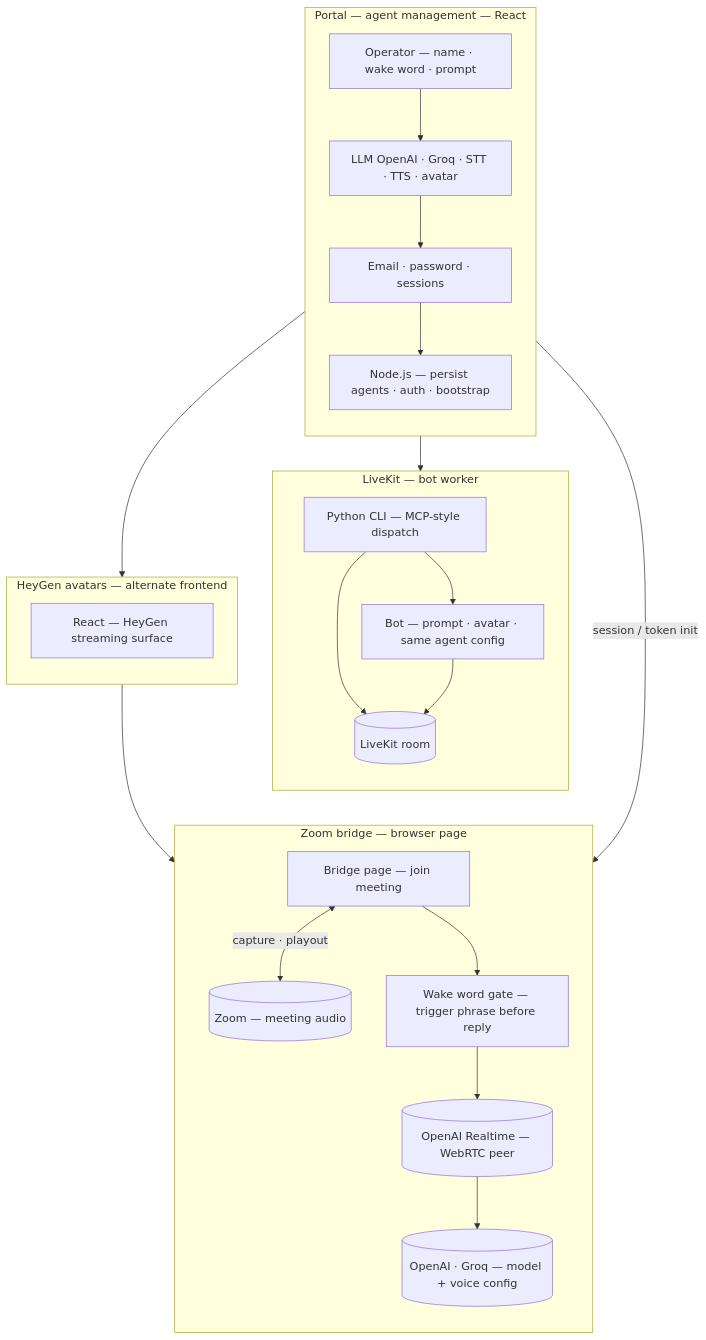
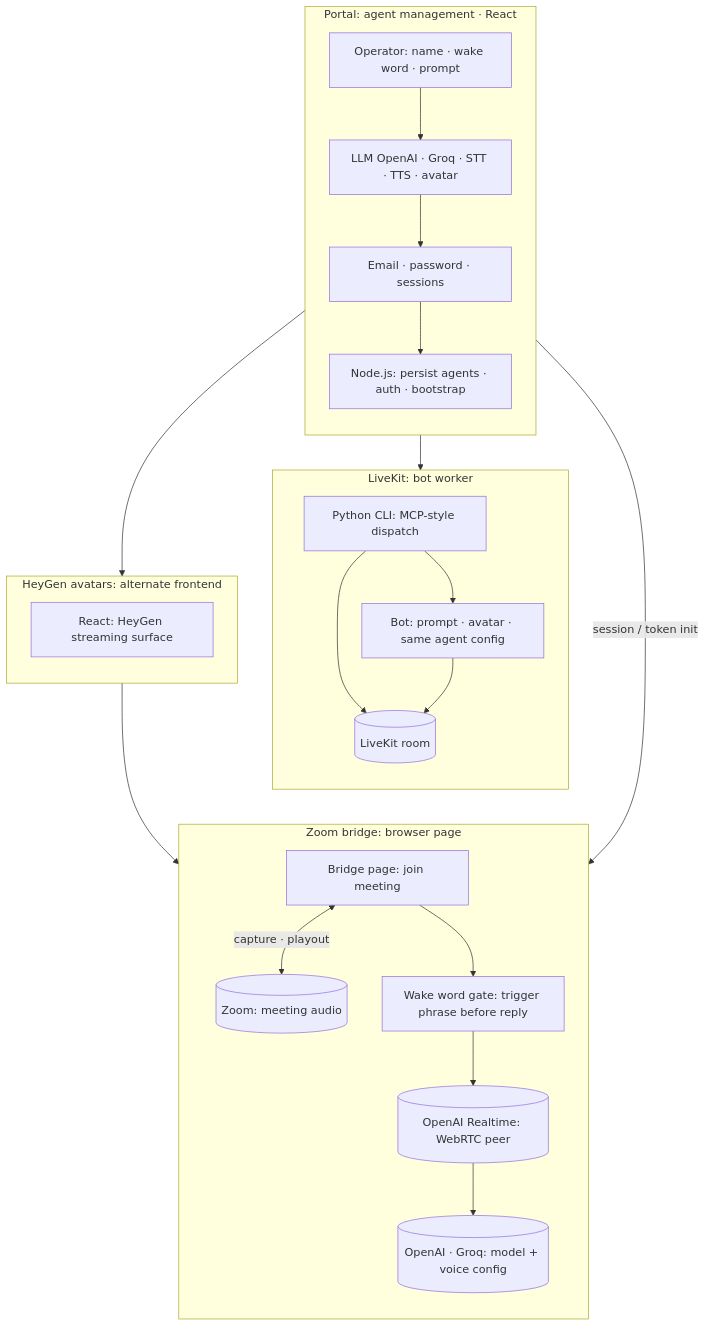
Before and after one commit to malik-sohaib-dev/malik-sohaib-portfolio: the diagram in src/data/architecture/zoom-meeting-agent.mmd, drawn with Mermaid. The commit also changed 14 other files, not shown here.

```diff
--- a/src/data/architecture/zoom-meeting-agent.mmd
+++ b/src/data/architecture/zoom-meeting-agent.mmd
@@ -1,43 +1,43 @@
 flowchart TB
-  subgraph portal["Portal — agent management — React"]
+  subgraph portal["Portal: agent management · React"]
     direction TB
-    OP["Operator — name · wake word · prompt"]
+    OP["Operator: name · wake word · prompt"]
     MODELS["LLM OpenAI · Groq · STT · TTS · avatar"]
     AUTH["Email · password · sessions"]
-    API["Node.js — persist agents · auth · bootstrap"]
+    API["Node.js: persist agents · auth · bootstrap"]
     OP --> MODELS
     MODELS --> AUTH
     AUTH --> API
   end
 
-  subgraph zoomBridge["Zoom bridge — browser page"]
+  subgraph zoomBridge["Zoom bridge: browser page"]
     direction TB
-    PG["Bridge page — join meeting"]
-    ZM[("Zoom — meeting audio")]
-    WAKE["Wake word gate — trigger phrase before reply"]
-    RTC[("OpenAI Realtime — WebRTC peer")]
-    AI[("OpenAI · Groq — model + voice config")]
+    PG["Bridge page: join meeting"]
+    ZM[("Zoom: meeting audio")]
+    WAKE["Wake word gate: trigger phrase before reply"]
+    RTC[("OpenAI Realtime: WebRTC peer")]
+    AI[("OpenAI · Groq: model + voice config")]
     PG <-->|"capture · playout"| ZM
     PG --> WAKE
     WAKE --> RTC
     API -->|"session / token init"| PG
     RTC --> AI
   end
 
-  subgraph livekitPath["LiveKit — bot worker"]
+  subgraph livekitPath["LiveKit: bot worker"]
     direction TB
-    DIS["Python CLI — MCP-style dispatch"]
+    DIS["Python CLI: MCP-style dispatch"]
     LK[("LiveKit room")]
-    BOT["Bot — prompt · avatar · same agent config"]
+    BOT["Bot: prompt · avatar · same agent config"]
     API --> DIS
     DIS --> LK
     DIS --> BOT
     BOT --> LK
   end
 
-  subgraph heygenPath["HeyGen avatars — alternate frontend"]
+  subgraph heygenPath["HeyGen avatars: alternate frontend"]
     direction TB
-    HG["React — HeyGen streaming surface"]
+    HG["React: HeyGen streaming surface"]
     HG --> RTC
     API --> HG
   end
```
